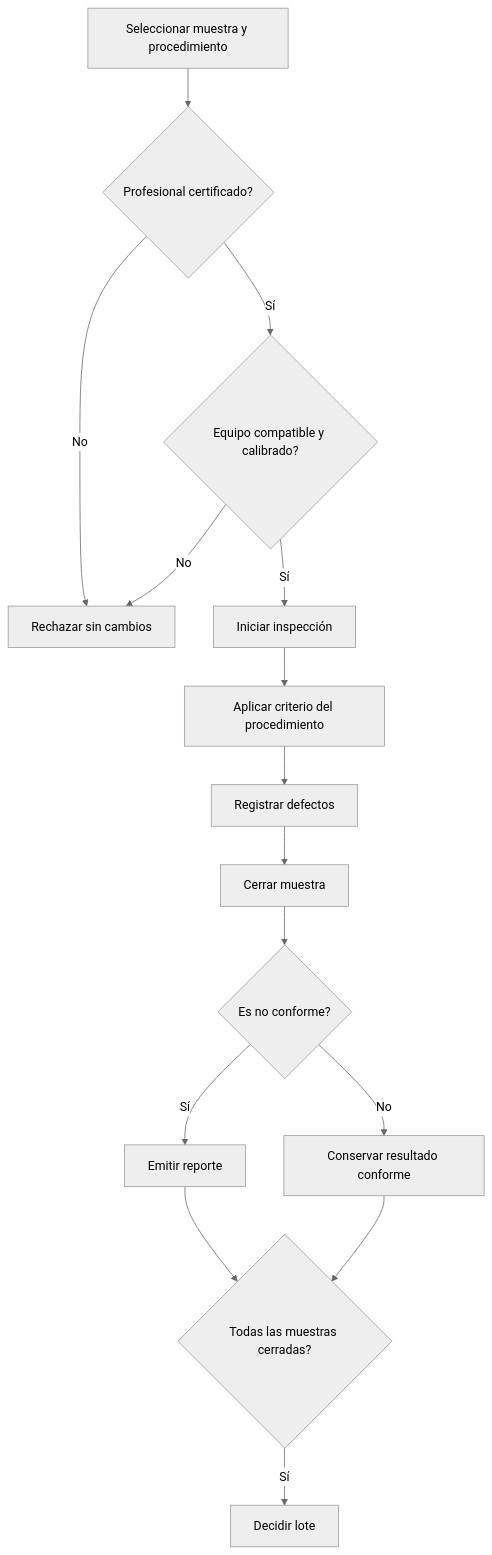
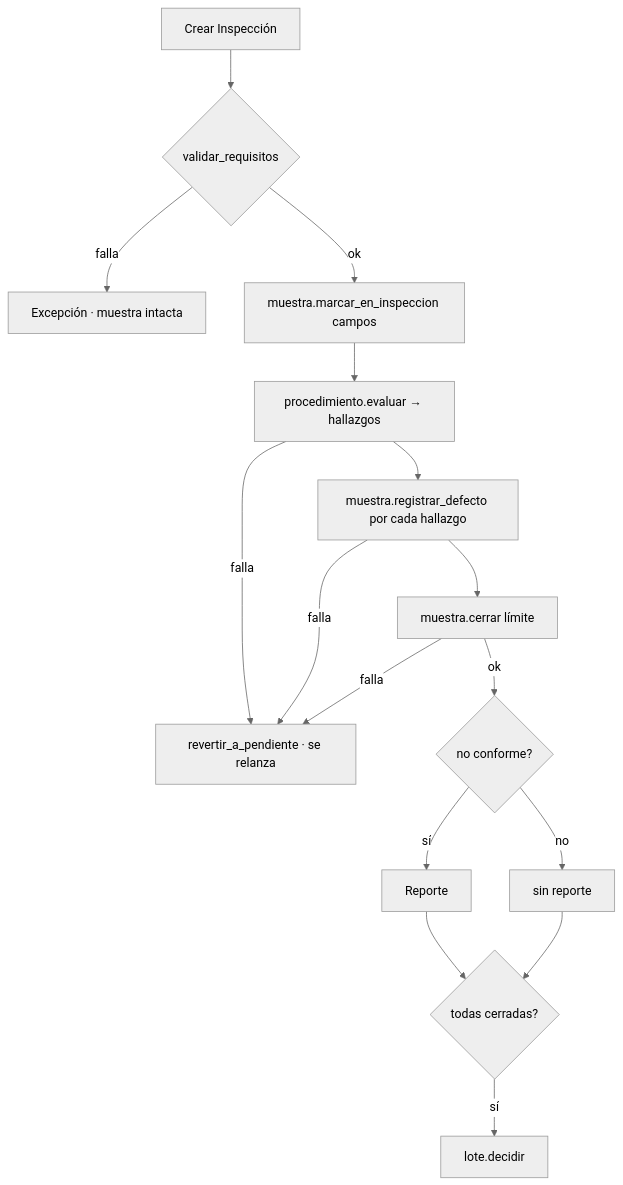
The first of 2 diagrams in README.md (Argus460/tp-monitoreo-calidad-six-sigma), drawn with Mermaid (neutral theme) before and after one commit. The commit also changed other lines of this file, not shown here.

````diff
--- a/README.md
+++ b/README.md
@@ -49,17 +62,18 @@
 ```mermaid
 flowchart TD
-    A[Seleccionar muestra y procedimiento] --> B{Profesional certificado?}
-    B -->|No| X[Rechazar sin cambios]
-    B -->|Sí| C{Equipo compatible y calibrado?}
-    C -->|No| X
-    C -->|Sí| D[Iniciar inspección]
-    D --> E[Aplicar criterio del procedimiento]
-    E --> F[Registrar defectos]
-    F --> G[Cerrar muestra]
-    G --> H{Es no conforme?}
-    H -->|Sí| I[Emitir reporte]
-    H -->|No| J[Conservar resultado conforme]
-    I --> K{Todas las muestras cerradas?}
-    J --> K
-    K -->|Sí| L[Decidir lote]
+    A[Crear Inspección] --> B{validar_requisitos}
+    B -->|falla| X[Excepción · muestra intacta]
+    B -->|ok| C[muestra.marcar_en_inspeccion campos]
+    C --> D[procedimiento.evaluar → hallazgos]
+    D --> R[muestra.registrar_defecto por cada hallazgo]
+    R --> E[muestra.cerrar límite]
+    D -->|falla| Y[revertir_a_pendiente · se relanza]
+    R -->|falla| Y
+    E -->|falla| Y
+    E -->|ok| F{no conforme?}
+    F -->|sí| G[Reporte]
+    F -->|no| H[sin reporte]
+    G --> I{todas cerradas?}
+    H --> I
+    I -->|sí| J[lote.decidir]
 ```
````
